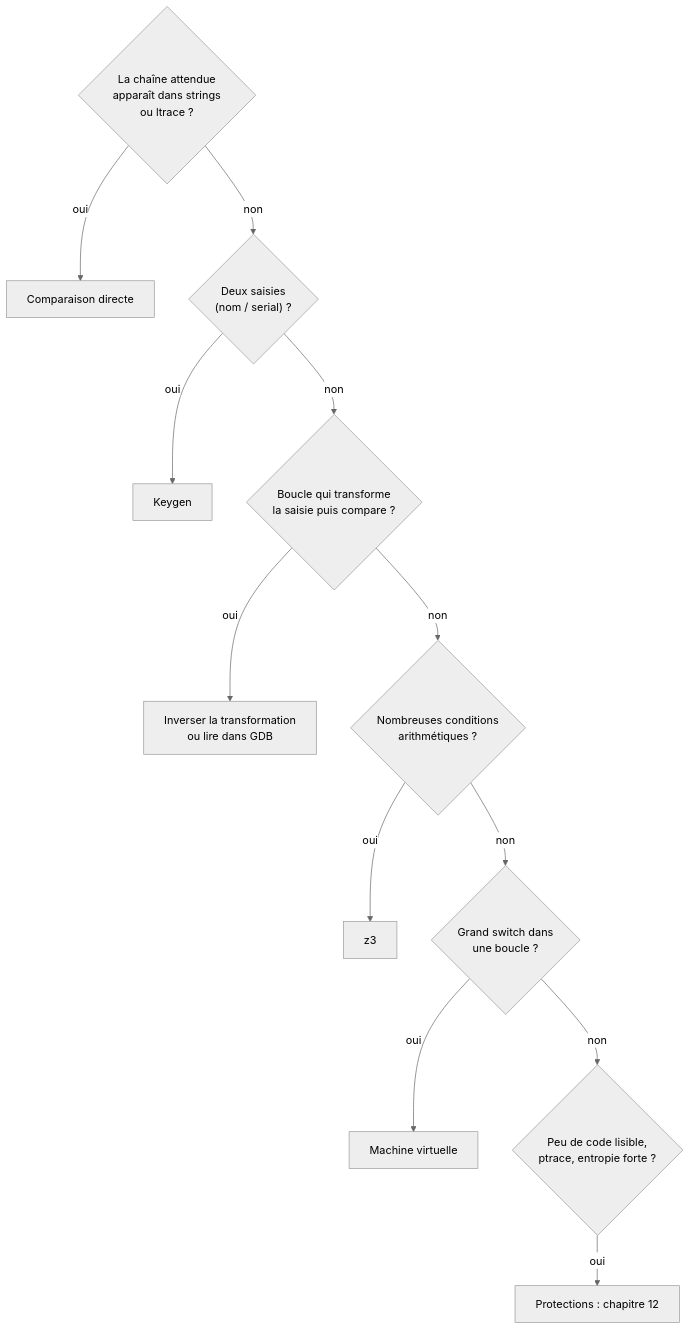
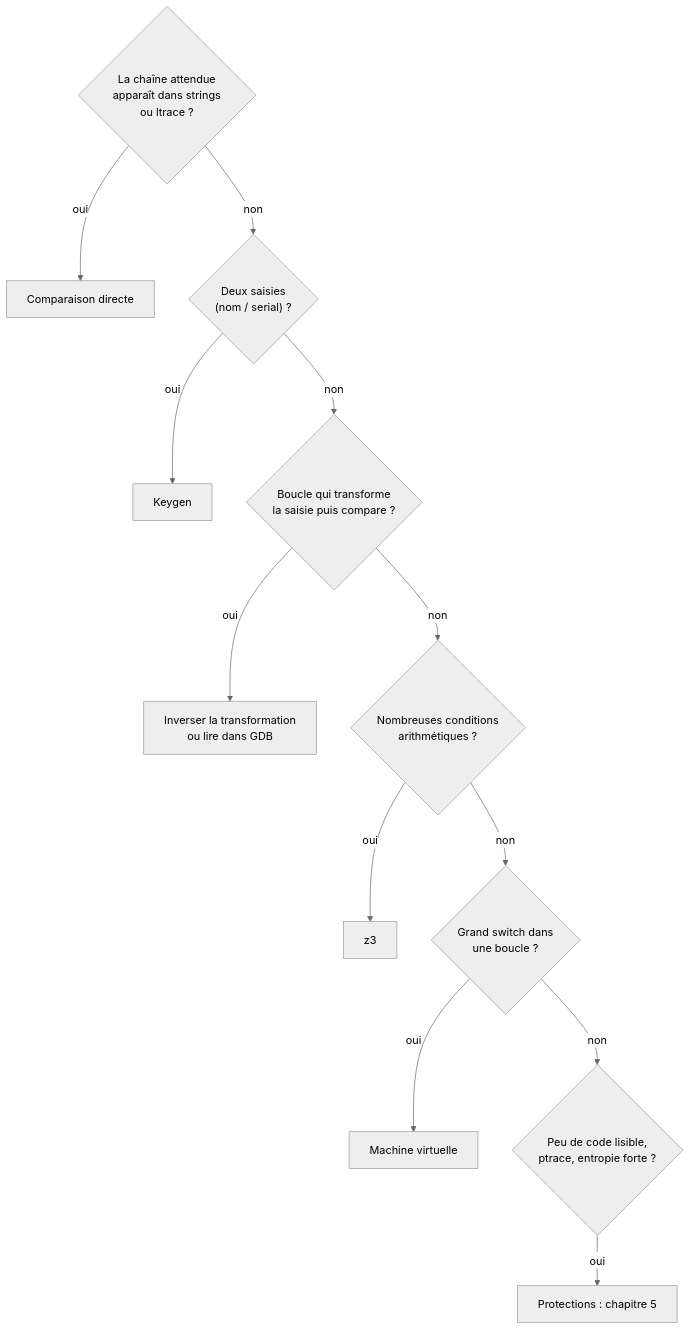
One commit to cchopin/asm-to-reverse changed the diagram in docs/partie2-reverse/11-classiques-crackmes.md. Above: the diagram before and after it, drawn with Mermaid (neutral theme). The commit also changed other lines of this file and 59 other files, not shown here.

````diff
--- a/docs/partie2-reverse/11-classiques-crackmes.md
+++ b/docs/partie2-reverse/11-classiques-crackmes.md
@@ -22,14 +22,14 @@
 ```mermaid
 flowchart TD
     A{"La chaîne attendue<br/>apparaît dans strings<br/>ou ltrace ?"} -- "oui" --> A1["Comparaison directe"]
     A -- "non" --> B{"Deux saisies<br/>(nom / serial) ?"}
     B -- "oui" --> B1["Keygen"]
     B -- "non" --> C{"Boucle qui transforme<br/>la saisie puis compare ?"}
     C -- "oui" --> C1["Inverser la transformation<br/>ou lire dans GDB"]
     C -- "non" --> D{"Nombreuses conditions<br/>arithmétiques ?"}
     D -- "oui" --> D1["z3"]
     D -- "non" --> E{"Grand switch dans<br/>une boucle ?"}
     E -- "oui" --> E1["Machine virtuelle"]
     E -- "non" --> F{"Peu de code lisible,<br/>ptrace, entropie forte ?"}
-    F -- "oui" --> F1["Protections : chapitre 12"]
+    F -- "oui" --> F1["Protections : chapitre 5"]
 ```
````
